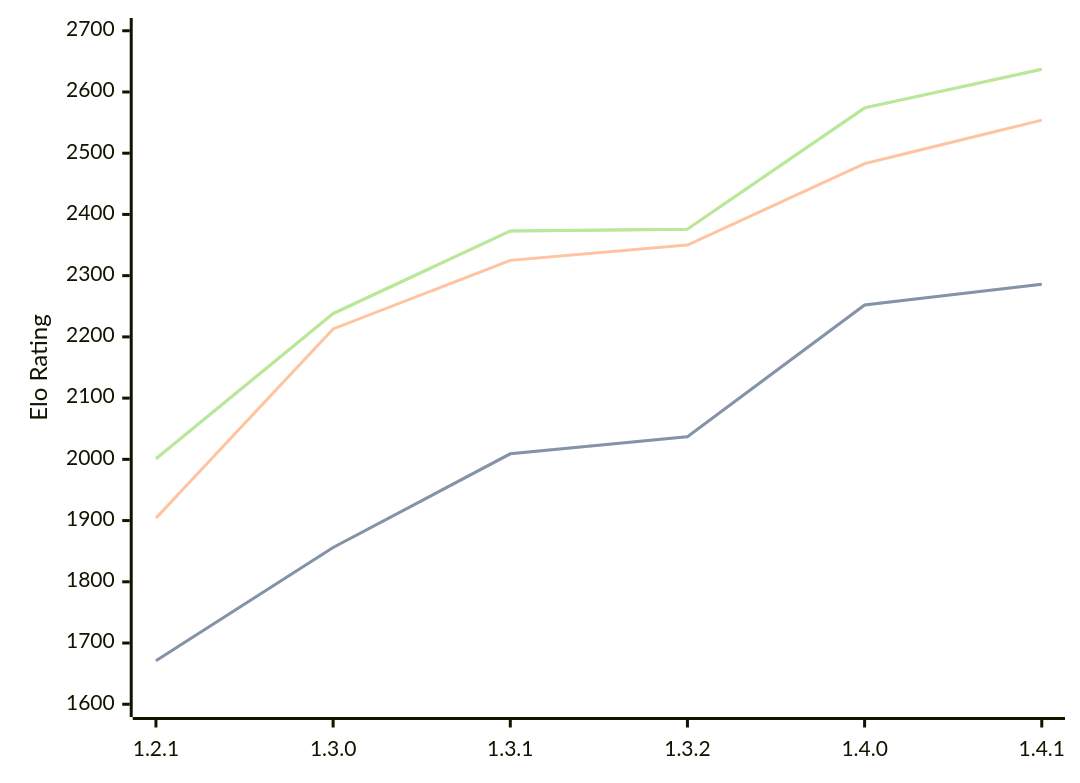
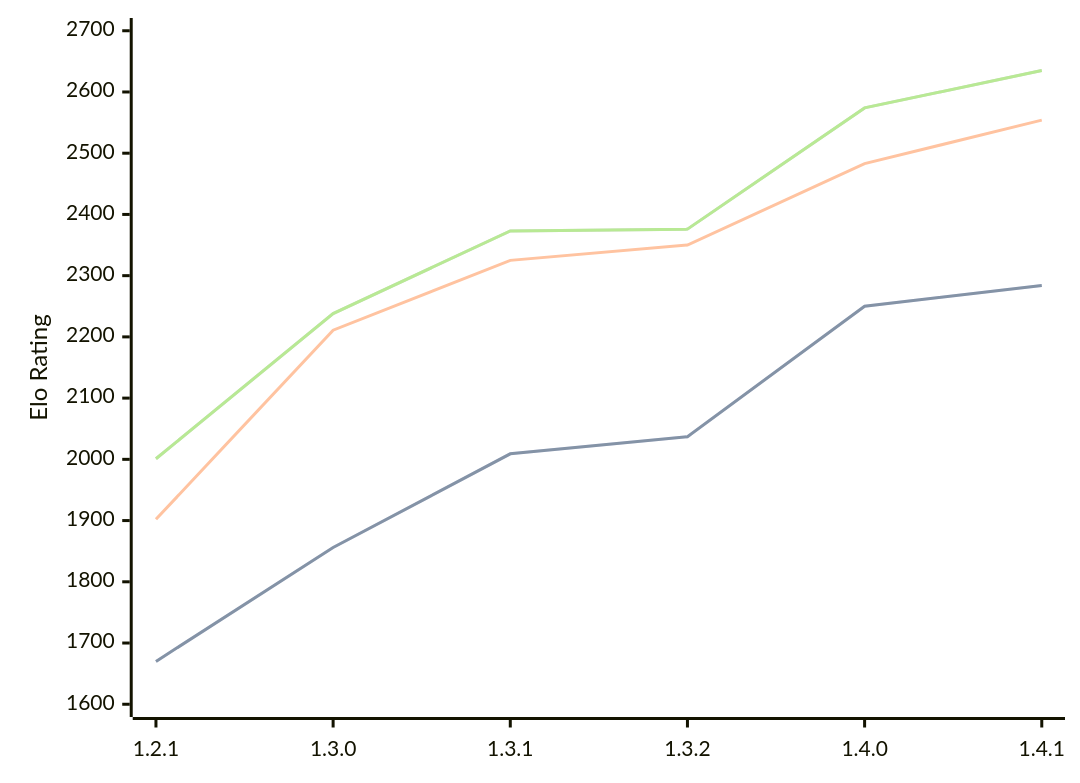
The diagram in engines/Chal.md (computer-chess-index/cci), drawn with Mermaid before and after one commit. The commit also changed other lines of this file, not shown here.

Commit message:
Update CCI Ratings (ELO VLTC) - 2026-07-27

````diff
--- a/engines/Chal.md
+++ b/engines/Chal.md
@@ -39,11 +39,11 @@
 ```mermaid
 %%{init: {"theme":"base","themeVariables":{"seriesColors:['#a3a3a3','#222221','#faa371']}}}%%
 xychart-beta
   x-axis ["1.2.1", "1.3.0", "1.3.1", "1.3.2", "1.4.0", "1.4.1"]
   y-axis "Elo Rating" 1600 --> 2700
-  line "STC (8.0+0.08s)" [1671, 1856, 2009, 2037, 2252, 2286]
-  line "STC (8.0+0.08s)" [1671, 1856, 2009, 2037, 2252, 2286]
-  line "LTC (60.0+0.60s)" [1904, 2213, 2325, 2350, 2483, 2554]
-  line "VLTC (2m24s+1.12s)" [2001, 2238, 2373, 2376, 2574, 2637]
-  line "VLTC (2m24s+1.12s)" [2001, 2238, 2373, 2376, 2574, 2637]
+  line "STC (8.0+0.08s)" [1670, 1856, 2009, 2037, 2250, 2284]
+  line "STC (8.0+0.08s)" [1670, 1856, 2009, 2037, 2250, 2284]
+  line "LTC (60.0+0.60s)" [1902, 2211, 2325, 2350, 2483, 2554]
+  line "VLTC (2m24s+1.12s)" [2001, 2238, 2373, 2376, 2574, 2635]
+  line "VLTC (2m24s+1.12s)" [2001, 2238, 2373, 2376, 2574, 2635]
 ```
````
